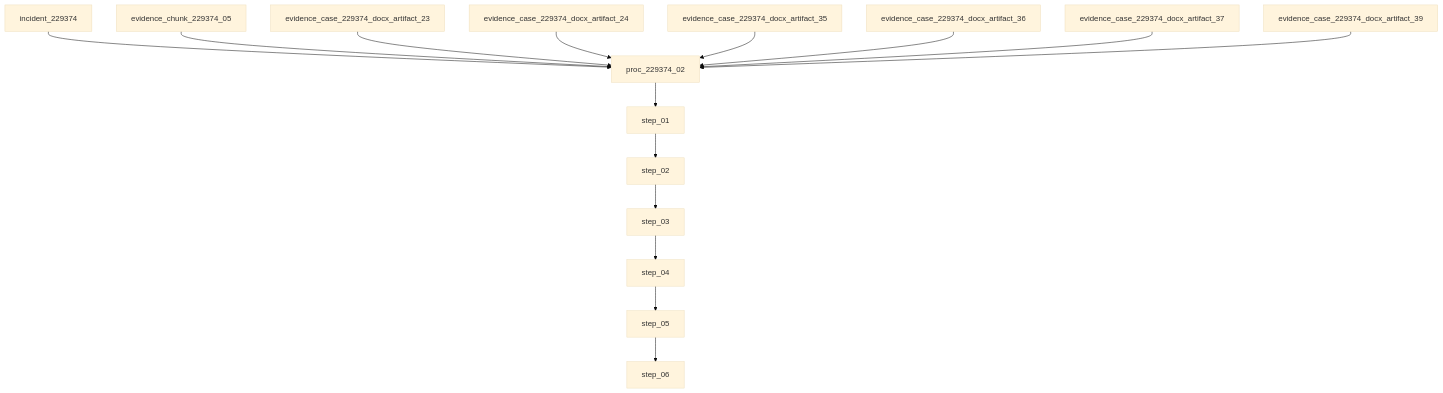
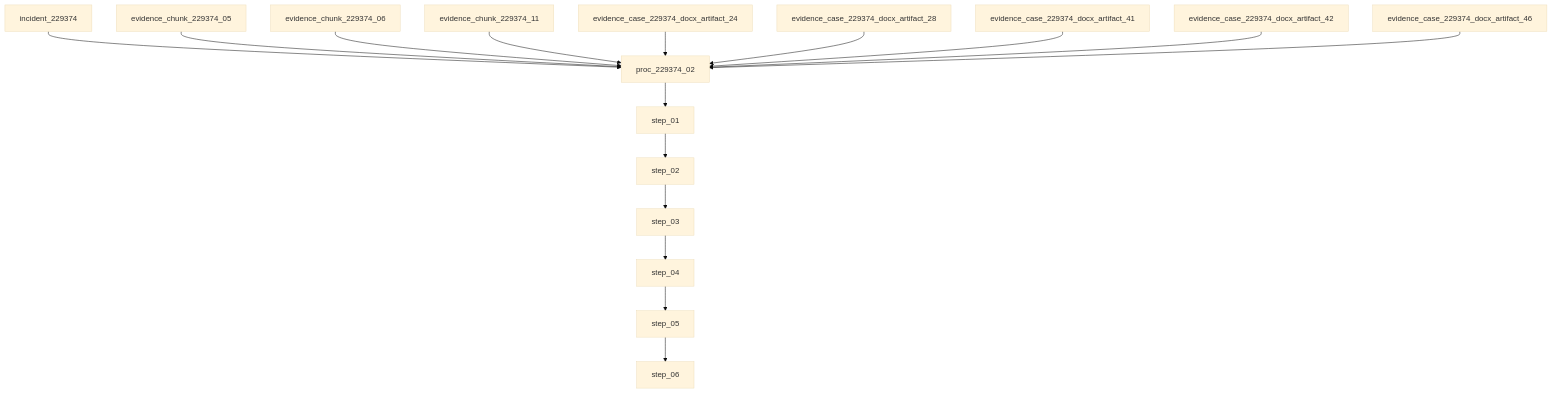
One commit to caiyawulf21/optisweepAI-phase0 changed the diagram in data/procedures/graphs/proc_229374_02.md. Above: the diagram before and after it, drawn with Mermaid (base theme). The commit also changed 896 other files, not shown here.

````diff
--- a/data/procedures/graphs/proc_229374_02.md
+++ b/data/procedures/graphs/proc_229374_02.md
@@ -3,18 +3,19 @@
 ```mermaid
 flowchart TD
   start[proc_229374_02]
   start --> step_01[step_01]
   step_01 --> step_02[step_02]
   step_02 --> step_03[step_03]
   step_03 --> step_04[step_04]
   step_04 --> step_05[step_05]
   step_05 --> step_06[step_06]
   229374[incident_229374] --> start
   chunk_229374_05[evidence_chunk_229374_05] --> start
-  case_229374_docx_artifact_23[evidence_case_229374_docx_artifact_23] --> start
+  chunk_229374_06[evidence_chunk_229374_06] --> start
+  chunk_229374_11[evidence_chunk_229374_11] --> start
   case_229374_docx_artifact_24[evidence_case_229374_docx_artifact_24] --> start
-  case_229374_docx_artifact_35[evidence_case_229374_docx_artifact_35] --> start
-  case_229374_docx_artifact_36[evidence_case_229374_docx_artifact_36] --> start
-  case_229374_docx_artifact_37[evidence_case_229374_docx_artifact_37] --> start
-  case_229374_docx_artifact_39[evidence_case_229374_docx_artifact_39] --> start
+  case_229374_docx_artifact_28[evidence_case_229374_docx_artifact_28] --> start
+  case_229374_docx_artifact_41[evidence_case_229374_docx_artifact_41] --> start
+  case_229374_docx_artifact_42[evidence_case_229374_docx_artifact_42] --> start
+  case_229374_docx_artifact_46[evidence_case_229374_docx_artifact_46] --> start
 ```
````
